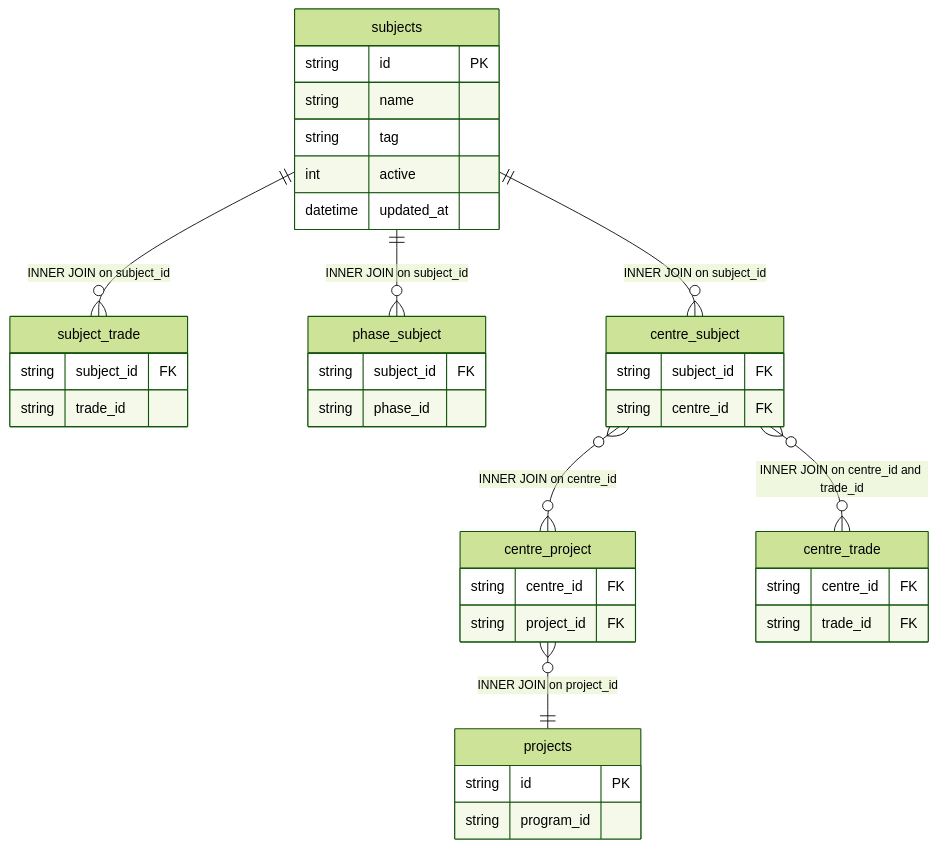
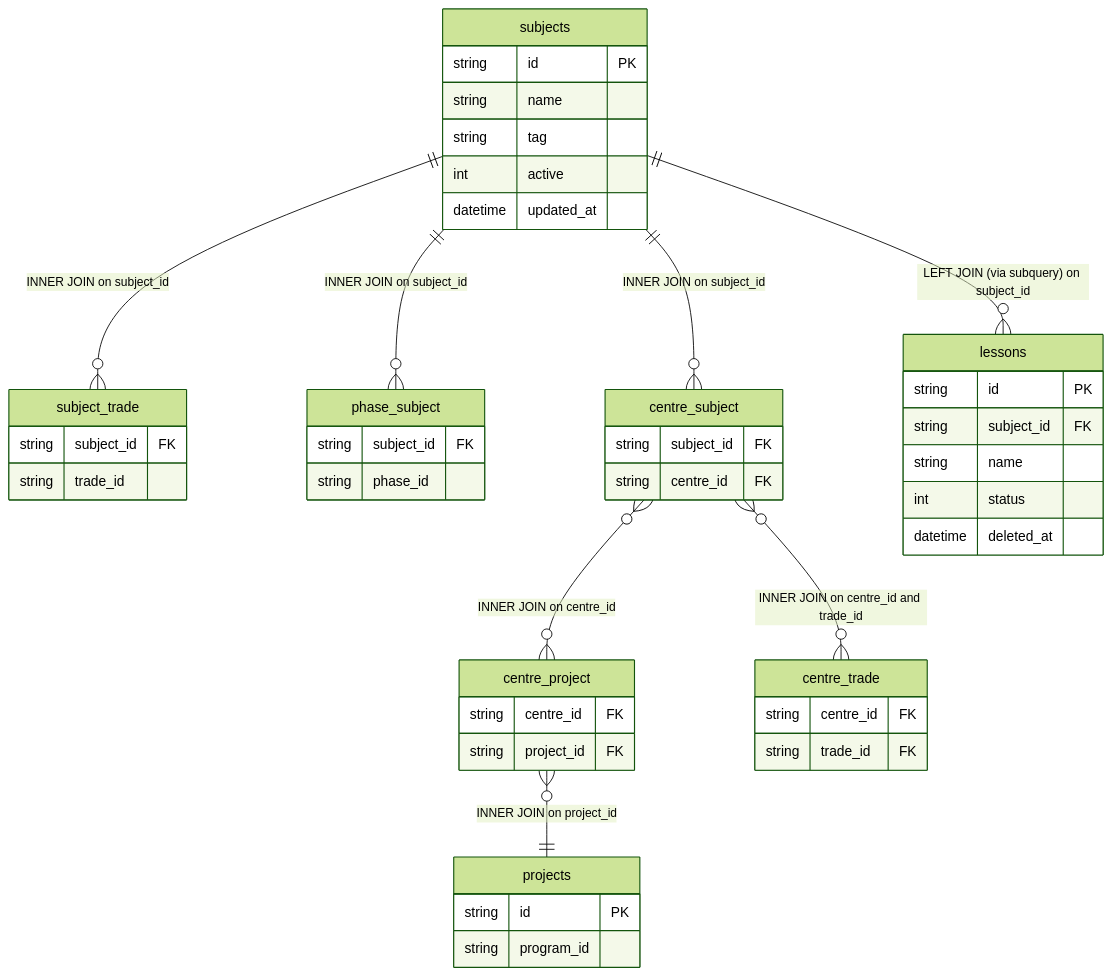
Before and after one commit to JosephKennady-Quest/myquest_data_model: the diagram in docs/dim_subject.md, drawn with Mermaid (forest theme). The commit also changed other lines of this file and 9 other files, not shown here.

````diff
--- a/docs/dim_subject.md
+++ b/docs/dim_subject.md
@@ -39,40 +40,48 @@
 ```mermaid
 erDiagram
     subjects {
         string id PK
         string name
         string tag
         int active
         datetime updated_at
     }
     subject_trade {
         string subject_id FK
         string trade_id
     }
     phase_subject {
         string subject_id FK
         string phase_id
     }
     centre_subject {
         string subject_id FK
         string centre_id FK
     }
     centre_project {
         string centre_id FK
         string project_id FK
     }
     projects {
         string id PK
         string program_id
     }
     centre_trade {
         string centre_id FK
         string trade_id FK
     }
+    lessons {
+        string id PK
+        string subject_id FK
+        string name
+        int status
+        datetime deleted_at
+    }
     subjects ||--o{ subject_trade : "INNER JOIN on subject_id"
     subjects ||--o{ phase_subject : "INNER JOIN on subject_id"
     subjects ||--o{ centre_subject : "INNER JOIN on subject_id"
     centre_subject }o--o{ centre_project : "INNER JOIN on centre_id"
     centre_project }o--|| projects : "INNER JOIN on project_id"
     centre_subject }o--o{ centre_trade : "INNER JOIN on centre_id and trade_id"
+    subjects ||--o{ lessons : "LEFT JOIN (via subquery) on subject_id"
 ```
````
